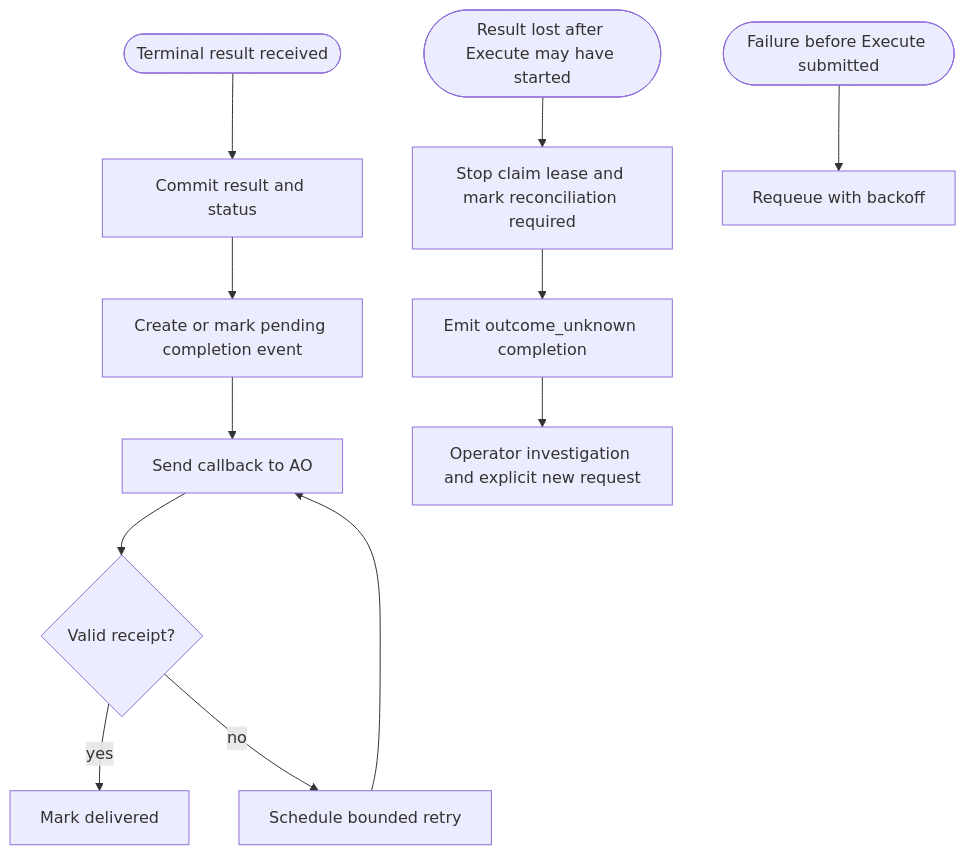
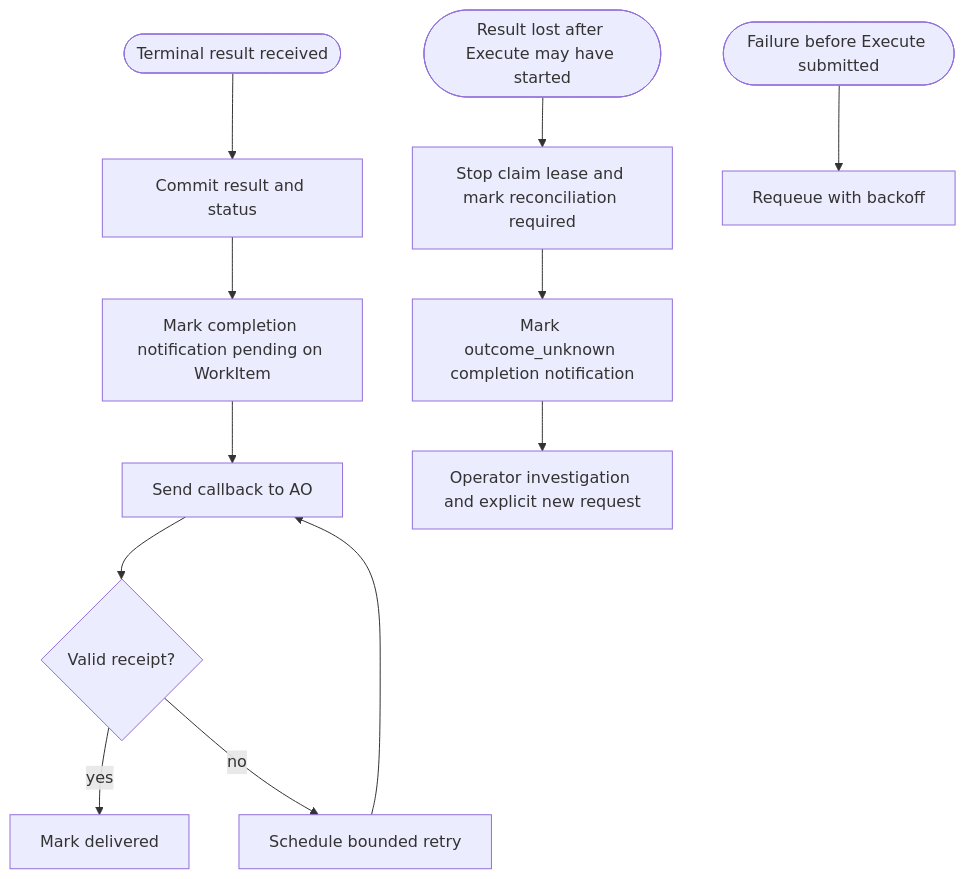
Before and after one commit to syntara-orchestration/syntara-execution-plane: the sixth of 10 diagrams in docs/architecture.md, drawn with Mermaid. The commit also changed other lines of this file, not shown here.

````diff
--- a/docs/architecture.md
+++ b/docs/architecture.md
@@ -222,15 +222,15 @@
 ```mermaid
 flowchart TB
     Start([Terminal result received]) --> Persist[Commit result and status]
-    Persist --> Outbox[Create or mark pending completion event]
-    Outbox --> Send[Send callback to AO]
+    Persist --> Notification[Mark completion notification pending on WorkItem]
+    Notification --> Send[Send callback to AO]
     Send --> Receipt{Valid receipt?}
     Receipt -- yes --> Delivered[Mark delivered]
     Receipt -- no --> Retry[Schedule bounded retry]
     Retry --> Send
 
     Ambiguous([Result lost after Execute may have started]) --> Fence[Stop claim lease and mark reconciliation required]
-    Fence --> UnknownOutbox[Emit outcome_unknown completion]
-    UnknownOutbox --> Investigate[Operator investigation and explicit new request]
+    Fence --> UnknownNotification[Mark outcome_unknown completion notification]
+    UnknownNotification --> Investigate[Operator investigation and explicit new request]
     PreExecute([Failure before Execute submitted]) --> Requeue[Requeue with backoff]
 ```
````
